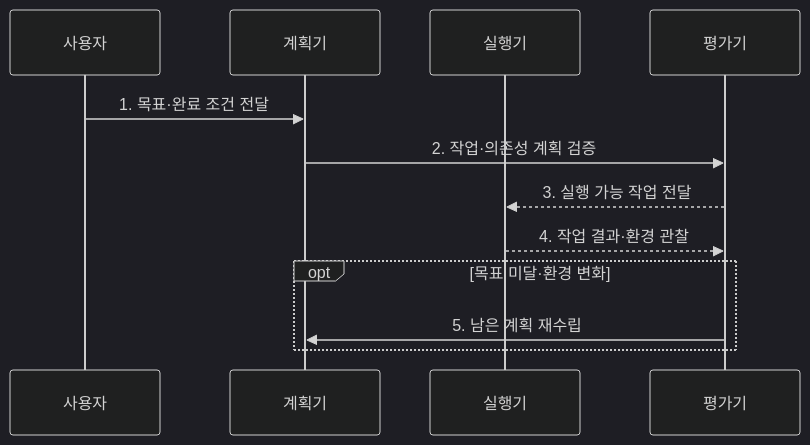
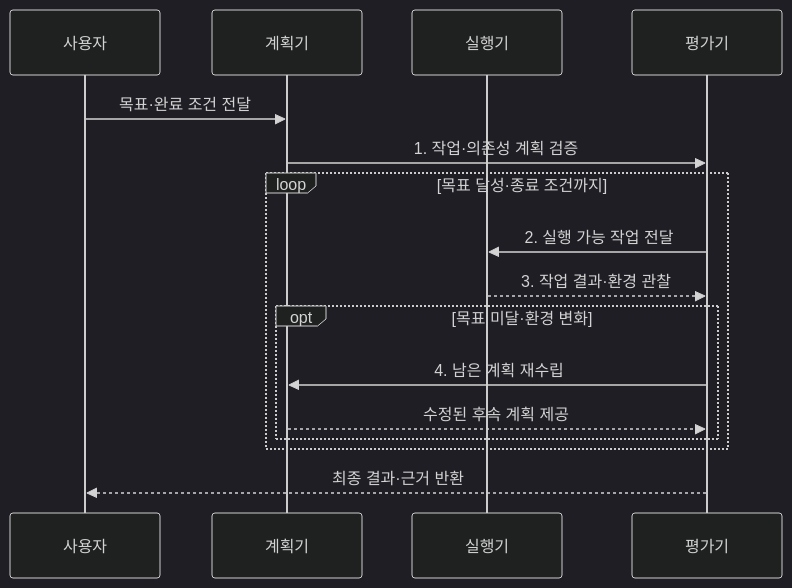
Before and after one commit to agnusdei1207/knowledge-base: the second of 2 diagrams in src/content/docs/notes/08-latest-tech/015_agent_planning.md, drawn with Mermaid (dark theme). The commit also changed other lines of this file and 225 other files, not shown here.

````diff
--- a/src/content/docs/notes/08-latest-tech/015_agent_planning.md
+++ b/src/content/docs/notes/08-latest-tech/015_agent_planning.md
@@ -81,14 +81,18 @@
 ```mermaid
 sequenceDiagram
     participant U as 사용자
     participant P as 계획기
     participant X as 실행기
     participant E as 평가기
-    U->>P: 1. 목표·완료 조건 전달
-    P->>E: 2. 작업·의존성 계획 검증
-    E-->>X: 3. 실행 가능 작업 전달
-    X-->>E: 4. 작업 결과·환경 관찰
-    opt 목표 미달·환경 변화
-        E->>P: 5. 남은 계획 재수립
+    U->>P: 목표·완료 조건 전달
+    P->>E: 1. 작업·의존성 계획 검증
+    loop 목표 달성·종료 조건까지
+        E->>X: 2. 실행 가능 작업 전달
+        X-->>E: 3. 작업 결과·환경 관찰
+        opt 목표 미달·환경 변화
+            E->>P: 4. 남은 계획 재수립
+            P-->>E: 수정된 후속 계획 제공
+        end
     end
+    E-->>U: 최종 결과·근거 반환
 ```
````
